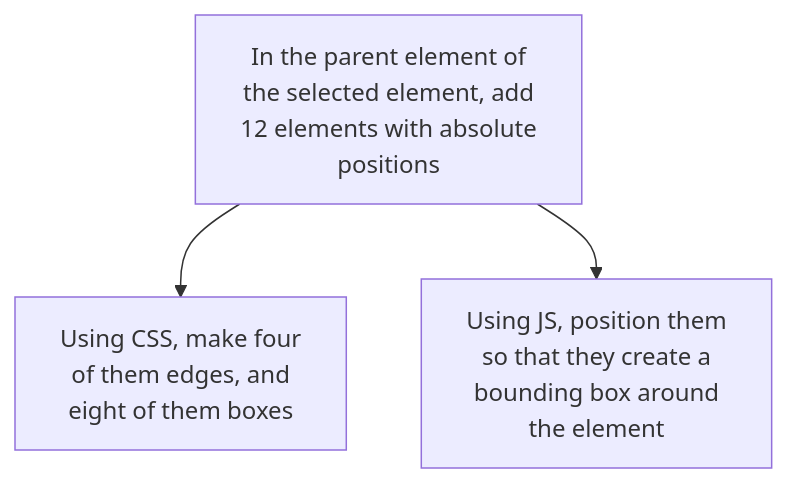
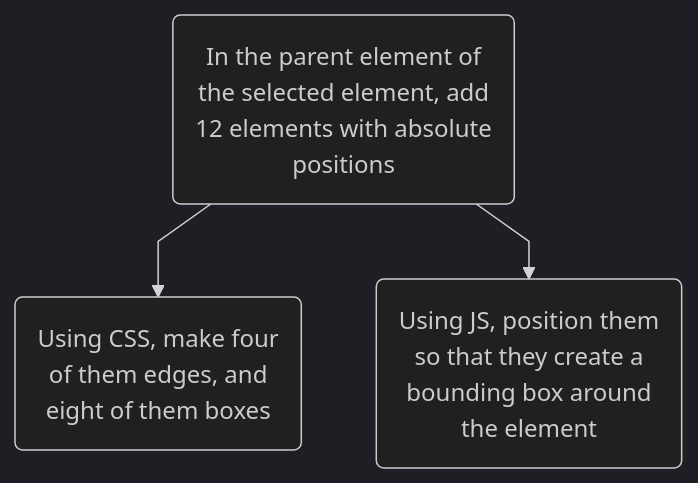
One commit to tomgxz/Kraken changed the fifth of 14 diagrams in README.md. Above: the diagram before and after it, drawn with Mermaid. The commit also changed other lines of this file, not shown here.

Commit message:
Mermaid Formatting

````diff
--- a/README.md
+++ b/README.md
@@ -459,5 +461,6 @@
 ```mermaid
+%%{init: {'theme':'dark', 'flowchart': {'curve': 'linear'},'themeVariables':{'fontFamily':'Lexend,Noto Sans,Helvetica,Arial'}}}%%
+
 graph TD
-  a["In the parent element of\n the selected element, add\n 12 elements with absolute\n positions"] --> b["Using CSS, make four\n of them edges, and\n eight of them boxes"]
-  a --> c["Using JS, position them\n so that they create a\n bounding box around\n the element"]
+  a("In the parent element of\n the selected element, add\n 12 elements with absolute\n positions") --> b("Using CSS, make four\n of them edges, and\n eight of them boxes") & c("Using JS, position them\n so that they create a\n bounding box around\n the element")
 ```
````
